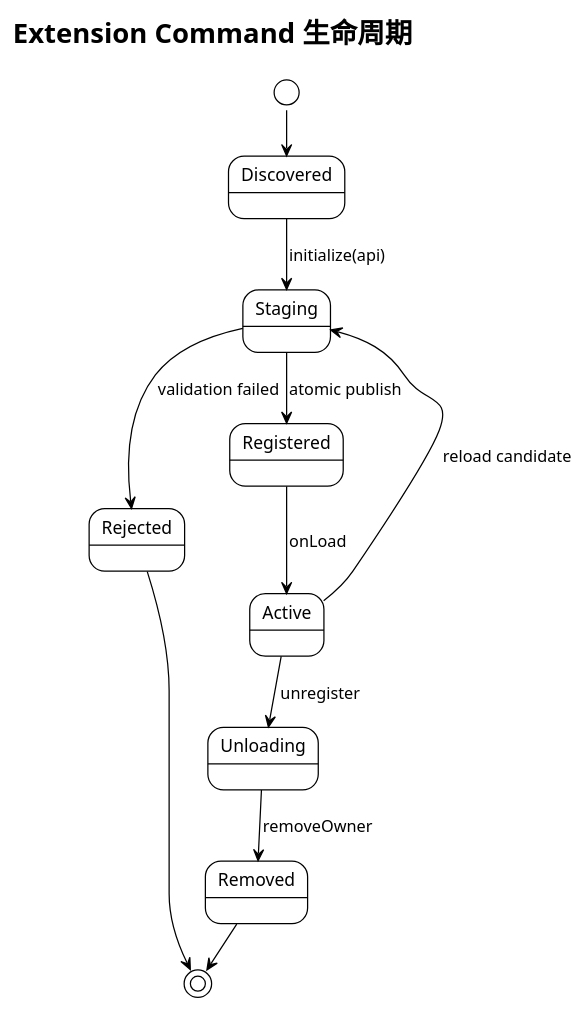
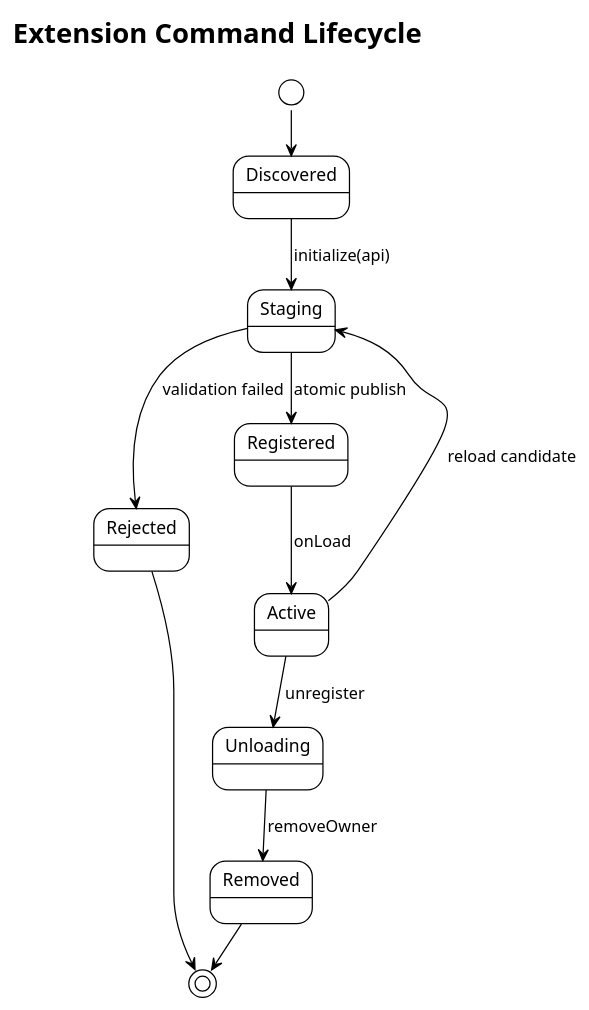
One commit to superheromeZzh/pi-mono-java-design changed the eighth of 20 diagrams in diagrams/extension-command/diagram.puml. Above: the diagram before and after it, drawn with PlantUML. The commit also changed other lines of this file and 48 other files, not shown here.

Commit message:
docs: require English PlantUML diagrams

```diff
--- a/diagrams/extension-command/diagram.puml
+++ b/diagrams/extension-command/diagram.puml
@@ -291,22 +291,22 @@
 @startuml 08-lifecycle-state
 ' pi source: packages/coding-agent/src/core/extensions/loader.ts:331-432
 ' pi source: packages/coding-agent/src/core/resource-loader.ts:333-559
 ' Design reason: make staging, activation, reload, unload, and rejection transitions explicit and testable.
 !theme plain
 !pragma layout smetana
-skinparam defaultFontName "PingFang SC"
+skinparam defaultFontName "SansSerif"
 skinparam shadowing false
 skinparam backgroundColor transparent
-title Extension Command 生命周期
+title Extension Command Lifecycle
 
 [*] --> Discovered
 Discovered --> Staging : initialize(api)
 Staging --> Rejected : validation failed
 Staging --> Registered : atomic publish
 Registered --> Active : onLoad
 Active --> Staging : reload candidate
 Active --> Unloading : unregister
 Unloading --> Removed : removeOwner
 Removed --> [*]
 Rejected --> [*]
 @enduml
```
